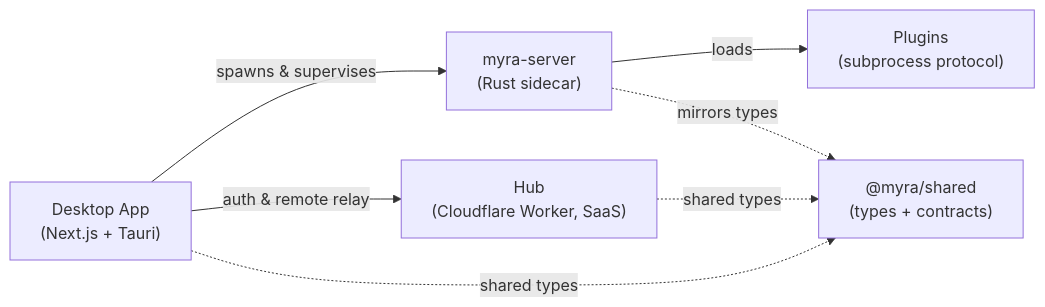
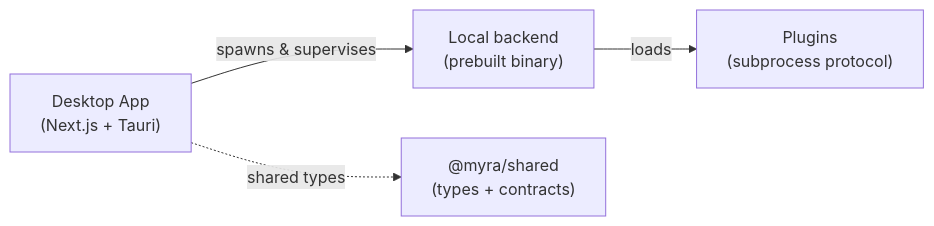
The diagram in profile/README.md (Myra-Agents/.github), drawn with Mermaid before and after one commit. The commit also changed other lines of this file, not shown here.

````diff
--- a/profile/README.md
+++ b/profile/README.md
@@ -33,15 +30,11 @@
 ```mermaid
 flowchart LR
   app["Desktop App<br/>(Next.js + Tauri)"]
-  server["myra-server<br/>(Rust sidecar)"]
-  hub["Hub<br/>(Cloudflare Worker, SaaS)"]
+  backend["Local backend<br/>(prebuilt binary)"]
   plugins["Plugins<br/>(subprocess protocol)"]
   shared["@myra/shared<br/>(types + contracts)"]
 
-  app -->|spawns &amp; supervises| server
-  app -->|auth &amp; remote relay| hub
-  server -->|loads| plugins
+  app -->|spawns &amp; supervises| backend
+  backend -->|loads| plugins
   app -.->|shared types| shared
-  server -.->|mirrors types| shared
-  hub -.->|shared types| shared
 ```
````
